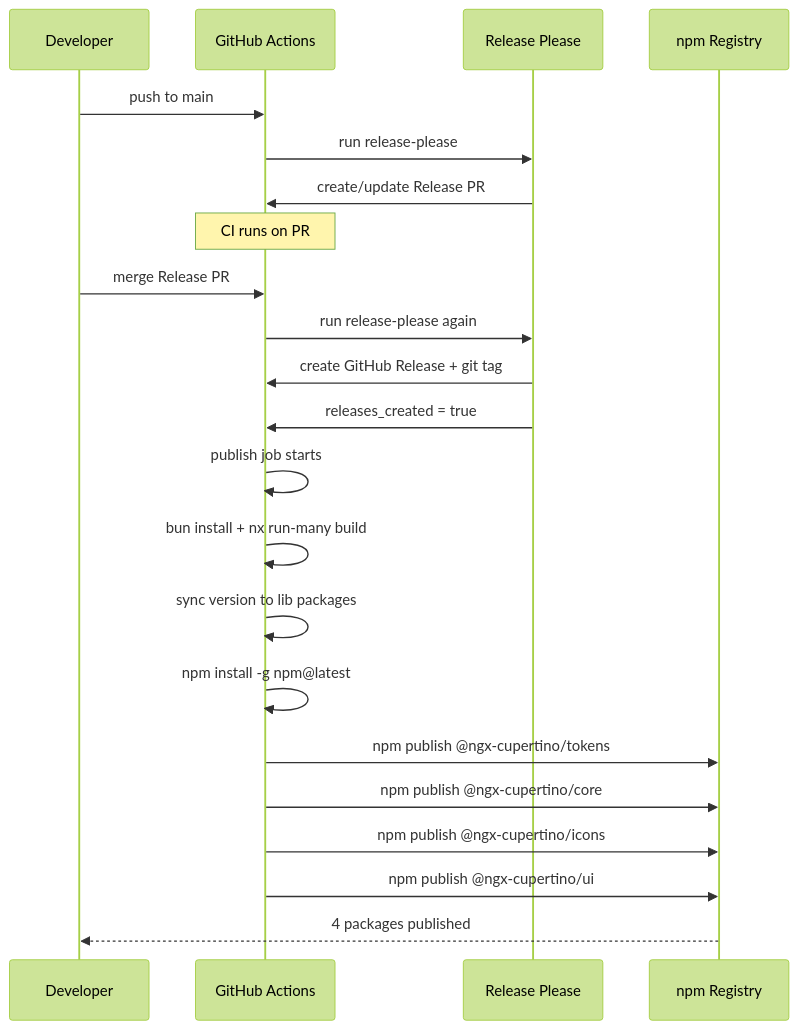
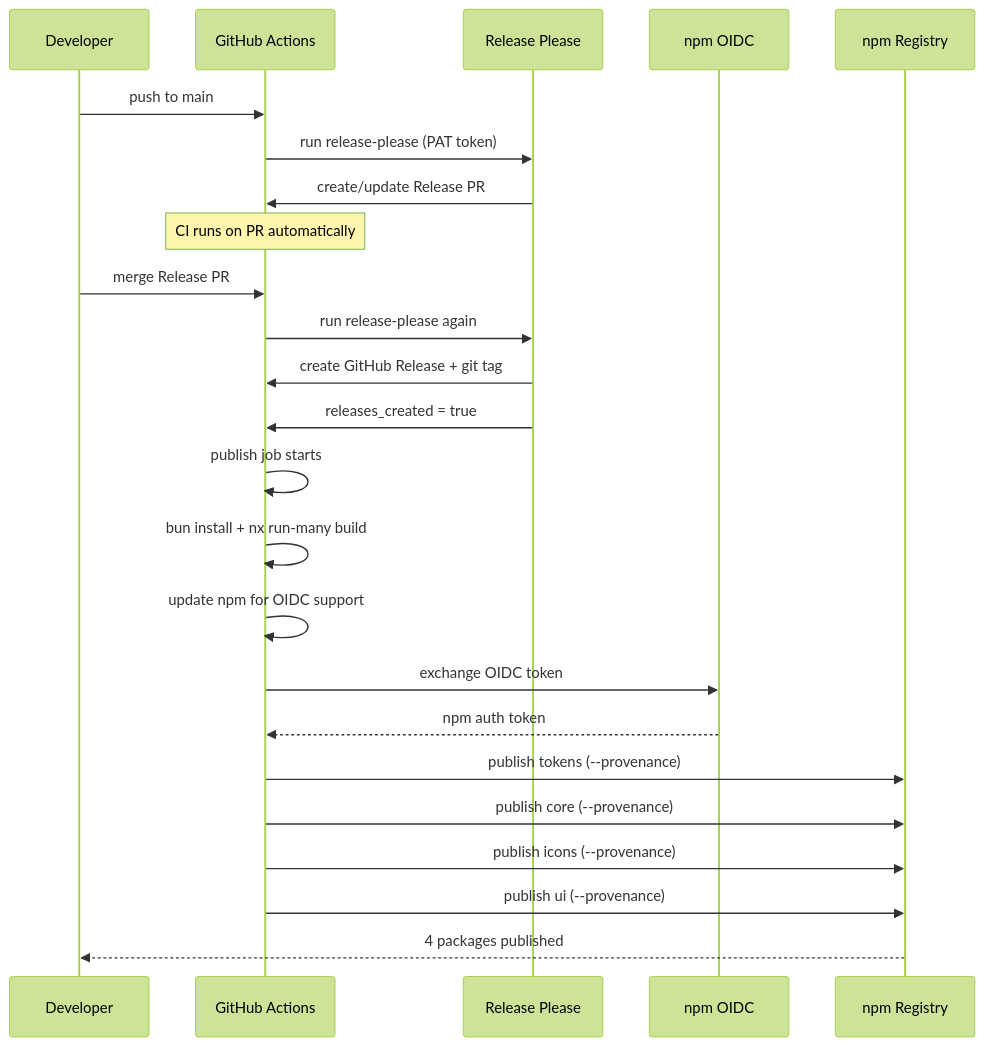
The second of 2 diagrams in docs/release-flow.md (gacc94/ngx-cupertino), drawn with Mermaid (forest theme) before and after one commit. The commit also changed other lines of this file and 8 other files, not shown here.

````diff
--- a/docs/release-flow.md
+++ b/docs/release-flow.md
@@ -41,25 +41,27 @@
 ```mermaid
 sequenceDiagram
     participant Dev as Developer
     participant GH as GitHub Actions
     participant RP as Release Please
+    participant OIDC as npm OIDC
     participant npm as npm Registry
 
     Dev->>GH: push to main
-    GH->>RP: run release-please
+    GH->>RP: run release-please (PAT token)
     RP->>GH: create/update Release PR
-    Note over GH: CI runs on PR
+    Note over GH: CI runs on PR automatically
     Dev->>GH: merge Release PR
     GH->>RP: run release-please again
     RP->>GH: create GitHub Release + git tag
     RP->>GH: releases_created = true
     GH->>GH: publish job starts
     GH->>GH: bun install + nx run-many build
-    GH->>GH: sync version to lib packages
-    GH->>GH: npm install -g npm@latest
-    GH->>npm: npm publish @ngx-cupertino/tokens
-    GH->>npm: npm publish @ngx-cupertino/core
-    GH->>npm: npm publish @ngx-cupertino/icons
-    GH->>npm: npm publish @ngx-cupertino/ui
+    GH->>GH: update npm for OIDC support
+    GH->>OIDC: exchange OIDC token
+    OIDC-->>GH: npm auth token
+    GH->>npm: publish tokens (--provenance)
+    GH->>npm: publish core (--provenance)
+    GH->>npm: publish icons (--provenance)
+    GH->>npm: publish ui (--provenance)
     npm-->>Dev: 4 packages published
 ```
````
